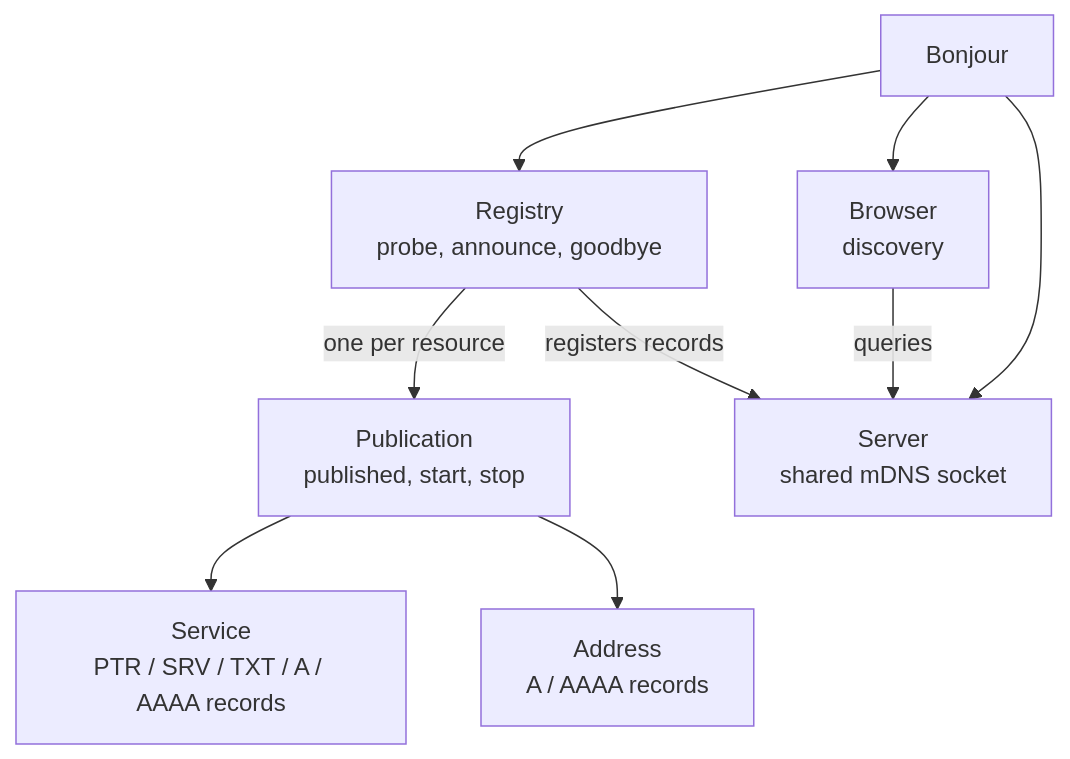
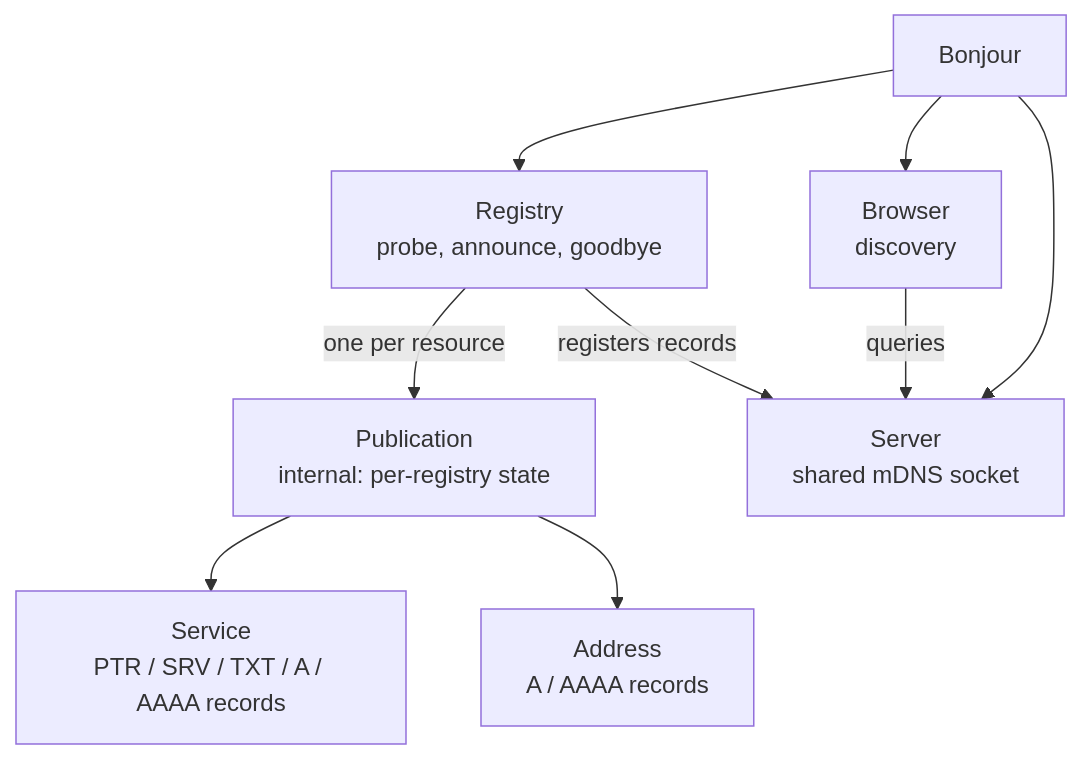
One commit to Event-Engineering/bonjour changed the first of 2 diagrams in README.md. Above: the diagram before and after it, drawn with Mermaid. The commit also changed other lines of this file, not shown here.

````diff
--- a/README.md
+++ b/README.md
@@ -38,19 +38,19 @@
 ```mermaid
 flowchart TD
 	B["Bonjour"]
 	R["Registry<br>probe, announce, goodbye"]
 	S["Server<br>shared mDNS socket"]
 	W["Browser<br>discovery"]
-	P["Publication<br>published, start, stop"]
+	P["Publication<br>internal: per-registry state"]
 	Sv["Service<br>PTR / SRV / TXT / A / AAAA records"]
 	Ad["Address<br>A / AAAA records"]
 
 	B --> R
 	B --> W
 	B --> S
 	R -->|one per resource| P
 	P --> Sv
 	P --> Ad
 	R -->|registers records| S
 	W -->|queries| S
 ```
````
